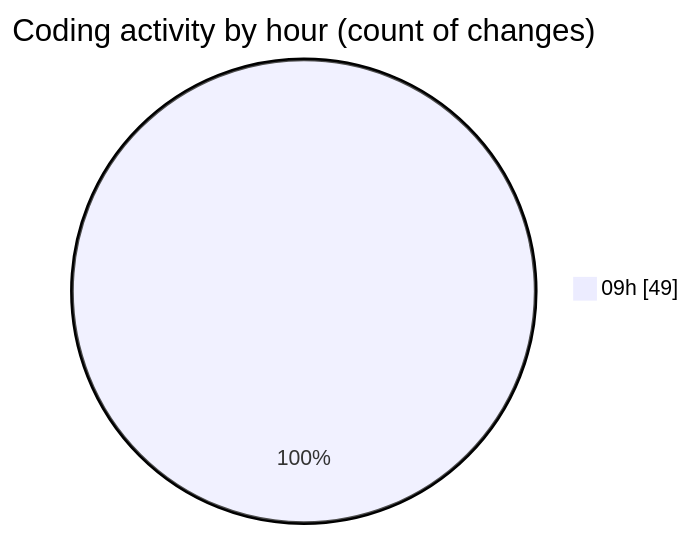
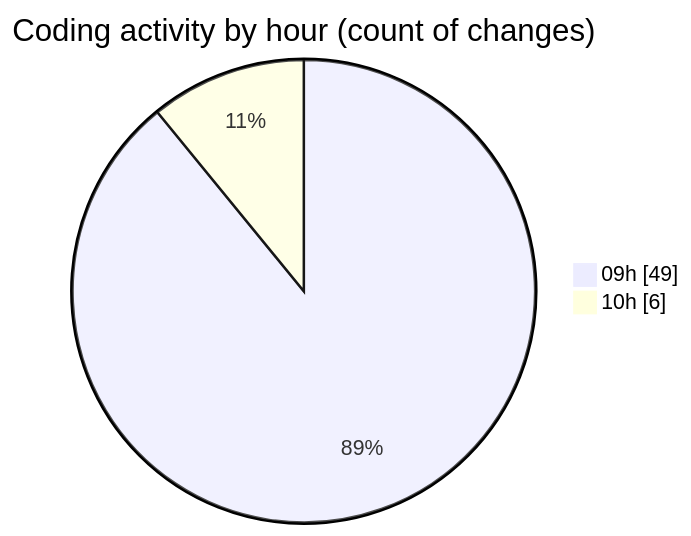
One commit to momahboobian/code-tracking changed the second of 2 diagrams in 2026-08-10/cda/README.md. Above: the diagram before and after it, drawn with Mermaid. The commit also changed other lines of this file and 1 other file, not shown here.

````diff
--- a/2026-08-10/cda/README.md
+++ b/2026-08-10/cda/README.md
@@ -32,5 +32,6 @@
 ```mermaid
 pie showData
 title Coding activity by hour (count of changes)
 "09h" : 49
+"10h" : 6
 ```
````
